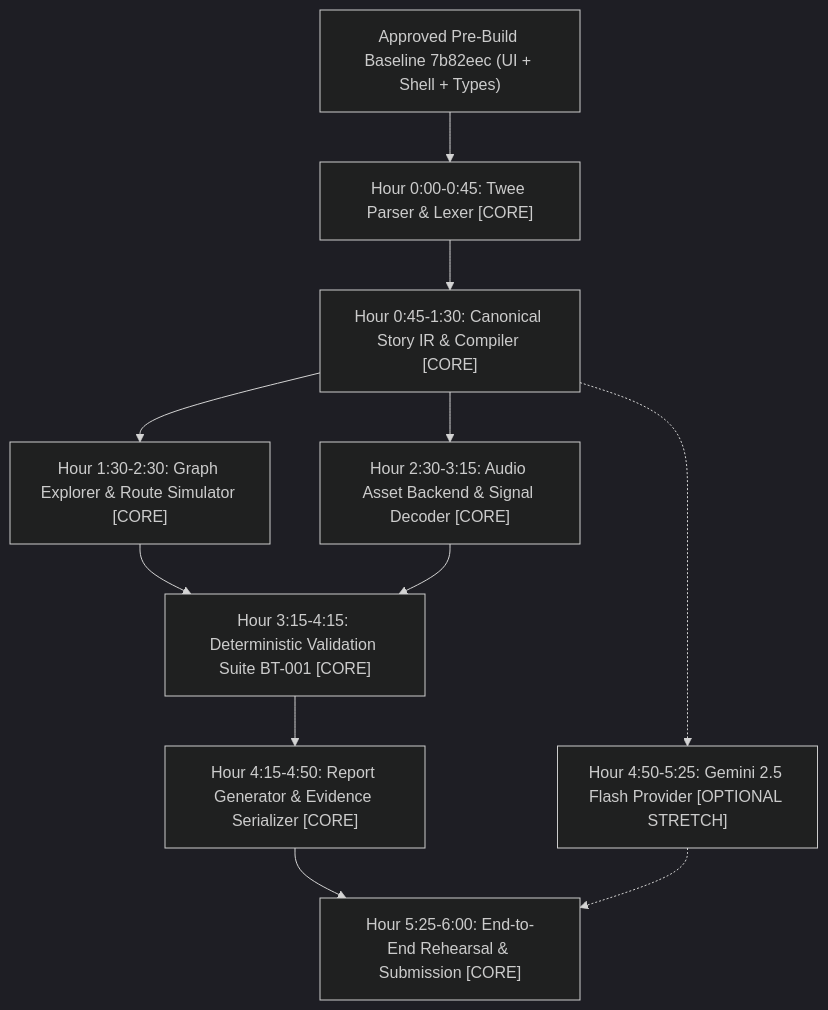
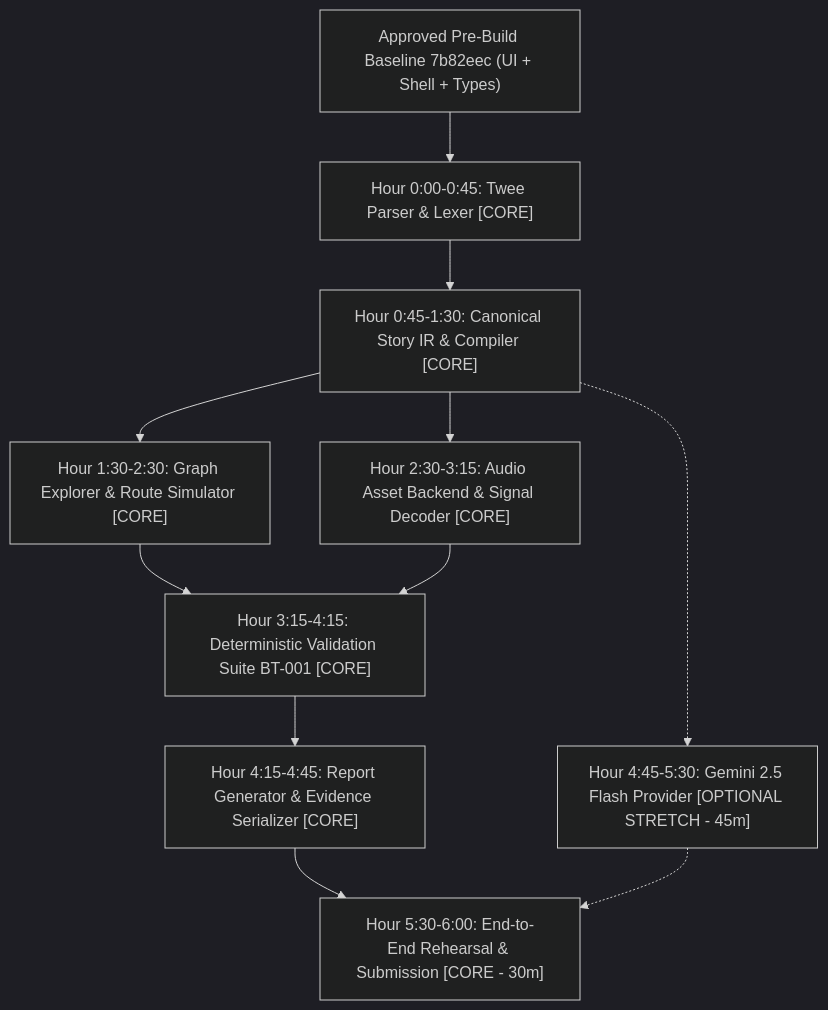
Before and after one commit to ashishacharjee/BranchTone: the diagram in LIVE_SPRINT_RUNBOOK.md, drawn with Mermaid (dark theme). The commit also changed other lines of this file and 6 other files, not shown here.

````diff
--- a/LIVE_SPRINT_RUNBOOK.md
+++ b/LIVE_SPRINT_RUNBOOK.md
@@ -18,13 +18,13 @@
 ```mermaid
 flowchart TD
     BASELINE["Approved Pre-Build Baseline 7b82eec (UI + Shell + Types)"] --> M1["Hour 0:00-0:45: Twee Parser & Lexer [CORE]"]
     M1 --> M2["Hour 0:45-1:30: Canonical Story IR & Compiler [CORE]"]
     M2 --> M3["Hour 1:30-2:30: Graph Explorer & Route Simulator [CORE]"]
     M2 --> M4["Hour 2:30-3:15: Audio Asset Backend & Signal Decoder [CORE]"]
     M3 --> M5["Hour 3:15-4:15: Deterministic Validation Suite BT-001 [CORE]"]
     M4 --> M5
-    M5 --> M6["Hour 4:15-4:50: Report Generator & Evidence Serializer [CORE]"]
-    M2 -.-> M7["Hour 4:50-5:25: Gemini 2.5 Flash Provider [OPTIONAL STRETCH]"]
-    M6 --> M8["Hour 5:25-6:00: End-to-End Rehearsal & Submission [CORE]"]
+    M5 --> M6["Hour 4:15-4:45: Report Generator & Evidence Serializer [CORE]"]
+    M2 -.-> M7["Hour 4:45-5:30: Gemini 2.5 Flash Provider [OPTIONAL STRETCH - 45m]"]
+    M6 --> M8["Hour 5:30-6:00: End-to-End Rehearsal & Submission [CORE - 30m]"]
     M7 -.-> M8
 ```
````
